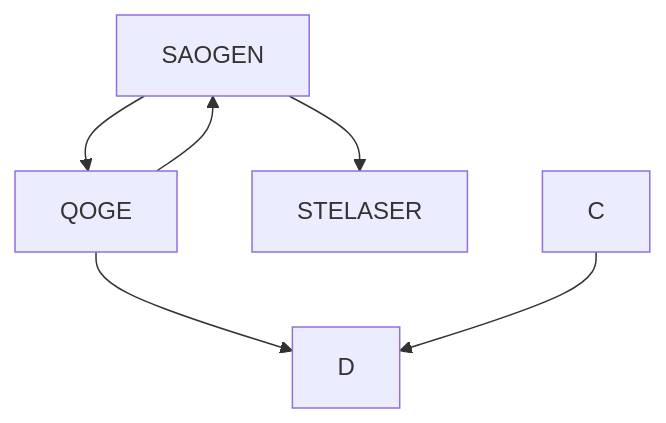
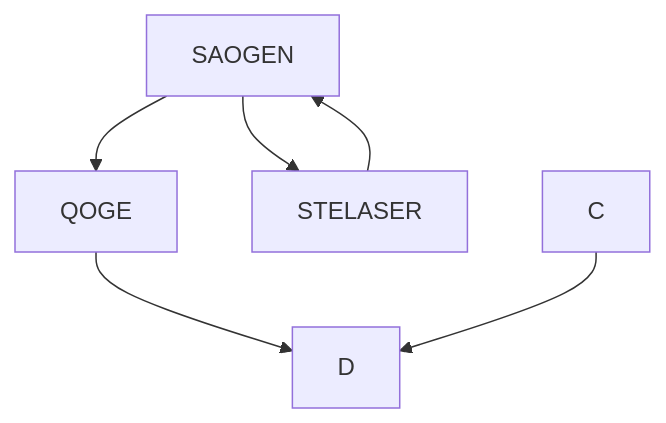
The diagram in README.md (QOGE/SAOGEN), drawn with Mermaid before and after one commit.

````diff
--- a/README.md
+++ b/README.md
@@ -71,8 +71,8 @@
 ```mermaid
 graph TD;
     SAOGEN-->QOGE;
     SAOGEN-->STELASER;
-    QOGE-->SAOGEN;
+    STELASER-->SAOGEN;
     QOGE-->D;
     C-->D;
 ```
````
